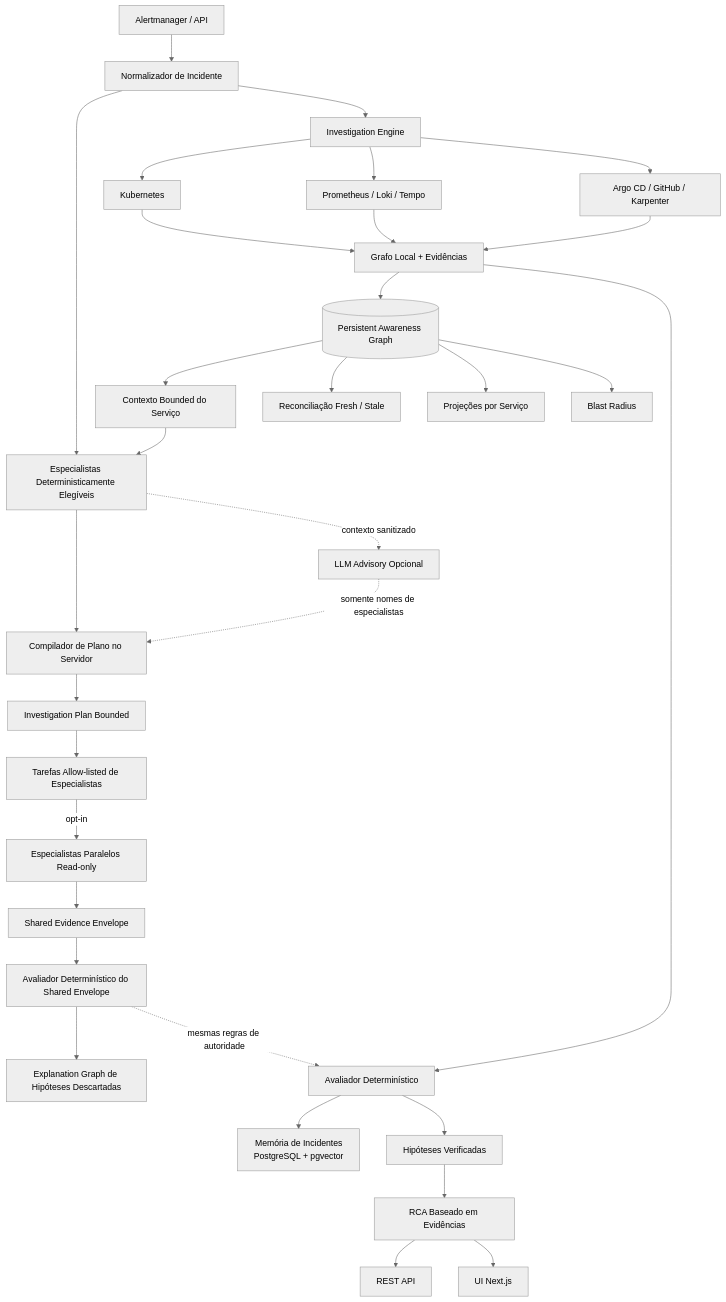
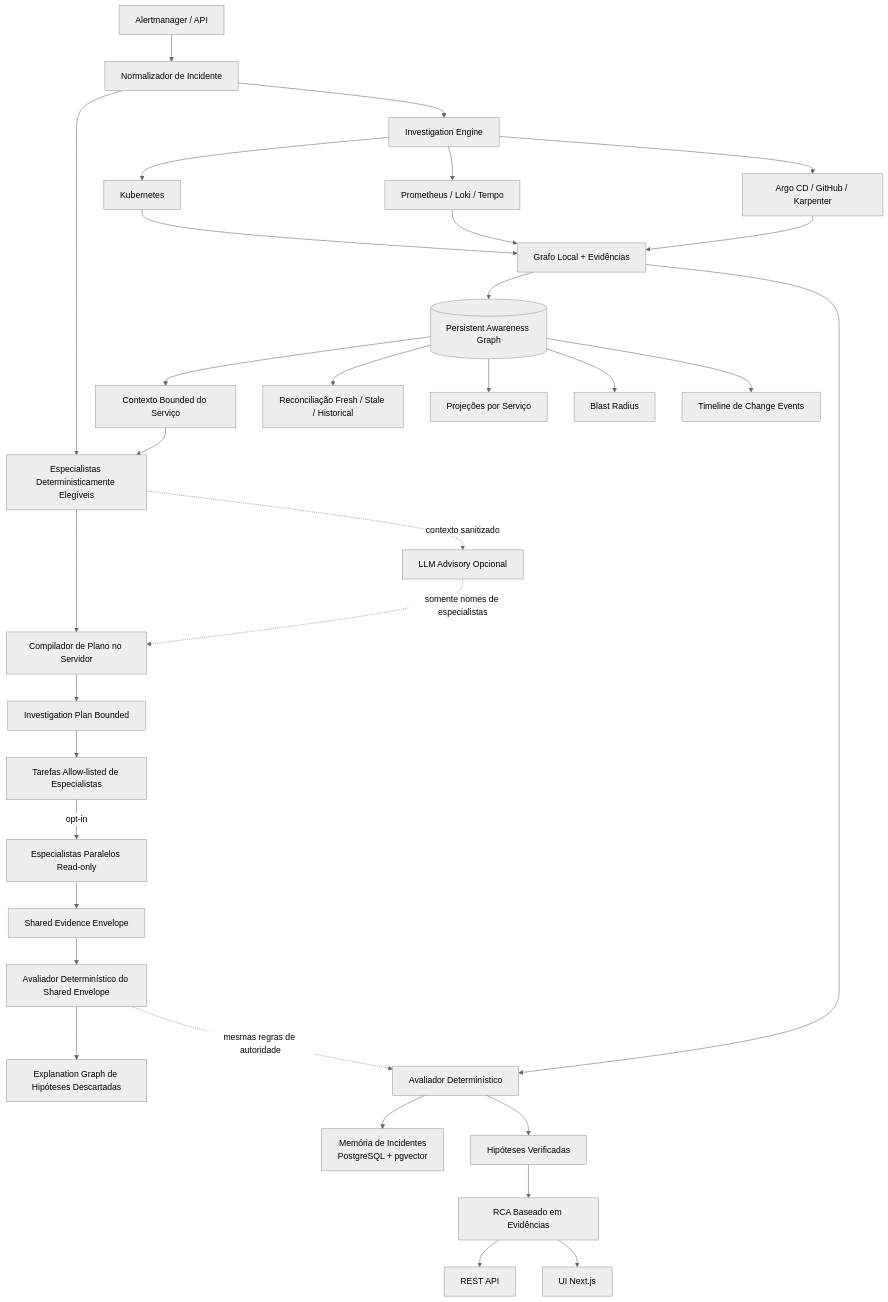
Before and after one commit to marcocristofolini/ai-sre-rca: the first of 7 diagrams in README_PT-BR.md, drawn with Mermaid (neutral theme). The commit also changed other lines of this file, not shown here.

Commit message:
docs: documentar change events first-class

````diff
--- a/README_PT-BR.md
+++ b/README_PT-BR.md
@@ -119,38 +121,39 @@
 ```mermaid
 flowchart TD
     A[Alertmanager / API] --> N[Normalizador de Incidente]
     N --> EL[Especialistas Deterministicamente Elegíveis]
     N --> E[Investigation Engine]
 
     G[(Persistent Awareness Graph)] --> C[Contexto Bounded do Serviço]
     C --> EL
     EL --> PC[Compilador de Plano no Servidor]
     EL -. contexto sanitizado .-> ADV[LLM Advisory Opcional]
     ADV -. somente nomes de especialistas .-> PC
     PC --> P[Investigation Plan Bounded]
     P --> T[Tarefas Allow-listed de Especialistas]
     T -->|opt-in| X[Especialistas Paralelos Read-only]
     X --> SE[Shared Evidence Envelope]
     SE --> V[Avaliador Determinístico do Shared Envelope]
     V --> EG[Explanation Graph de Hipóteses Descartadas]
 
     E --> K[Kubernetes]
     E --> O[Prometheus / Loki / Tempo]
     E --> CH[Argo CD / GitHub / Karpenter]
     K --> L[Grafo Local + Evidências]
     O --> L
     CH --> L
 
     L --> G
-    G --> R[Reconciliação Fresh / Stale]
+    G --> R[Reconciliação Fresh / Stale / Historical]
     G --> S[Projeções por Serviço]
     G --> B[Blast Radius]
+    G --> CE[Timeline de Change Events]
 
     L --> D[Avaliador Determinístico]
     V -. mesmas regras de autoridade .-> D
     D --> M[Memória de Incidentes<br/>PostgreSQL + pgvector]
     D --> H[Hipóteses Verificadas]
     H --> RCA[RCA Baseado em Evidências]
     RCA --> API[REST API]
     RCA --> UI[UI Next.js]
 ```
````
